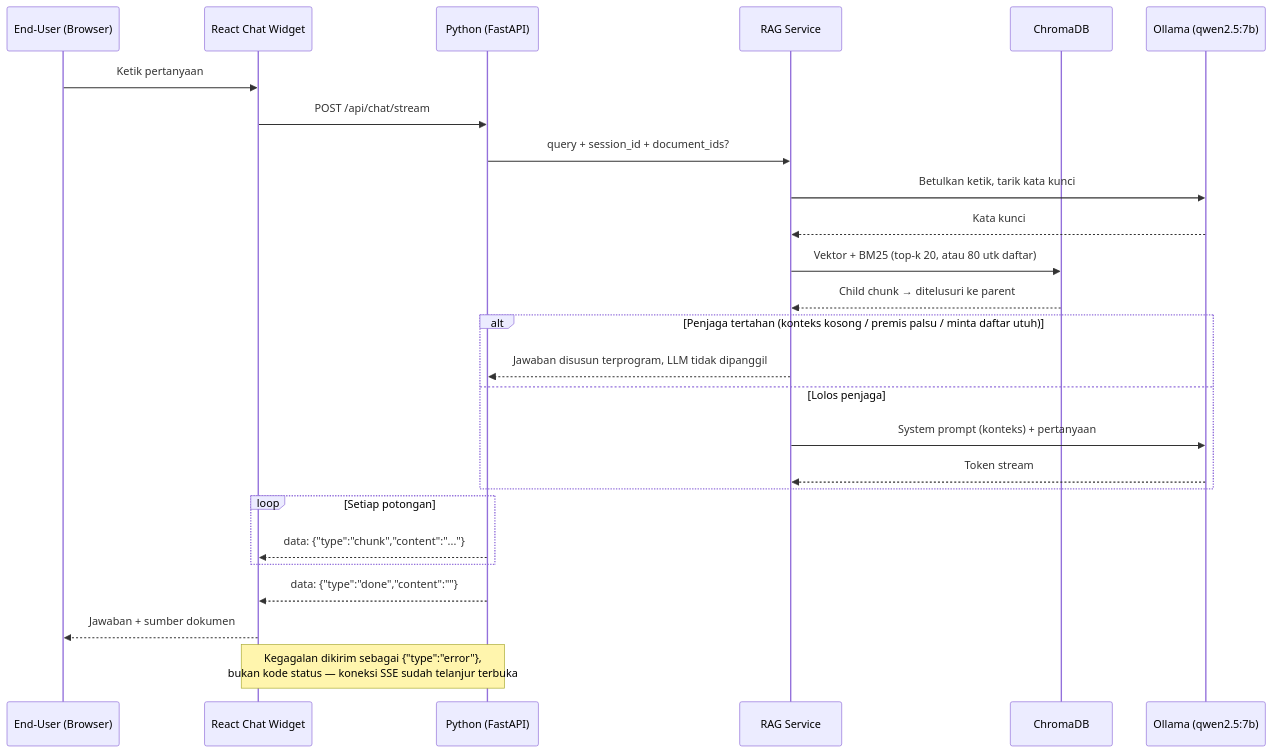
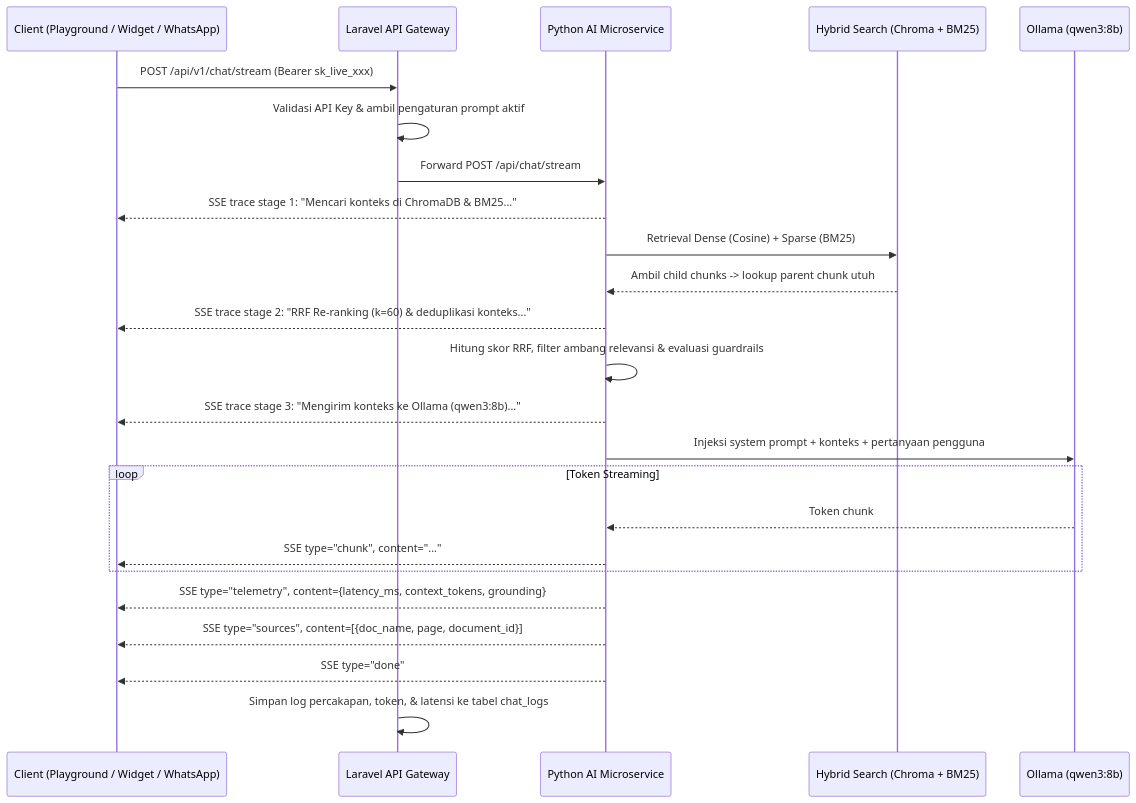
One commit to nftxvn/agentic-chatbot changed the third of 4 diagrams in docs/02-arsitektur_sistem_agentic_copilot.md. Above: the diagram before and after it, drawn with Mermaid. The commit also changed other lines of this file and 127 other files, not shown here.

Commit message:
feat(integration): perbarui arsitektur Central RAG Hub, Public API Gateway, ekstraksi bertahap, telemetri, dan dokumentasi

````diff
--- a/docs/02-arsitektur_sistem_agentic_copilot.md
+++ b/docs/02-arsitektur_sistem_agentic_copilot.md
@@ -131,33 +131,33 @@
 ```mermaid
 sequenceDiagram
-    participant User as End-User (Browser)
-    participant Widget as React Chat Widget
-    participant FastAPI as Python (FastAPI)
-    participant RAG as RAG Service
-    participant ChromaDB
-    participant Ollama as Ollama (qwen2.5:7b)
+    participant Klien as Client (Playground / Widget / WhatsApp)
+    participant Gateway as Laravel API Gateway
+    participant Python as Python AI Microservice
+    participant Hybrid as Hybrid Search (Chroma + BM25)
+    participant LLM as Ollama (qwen3:8b)
 
-    User->>Widget: Ketik pertanyaan
-    Widget->>FastAPI: POST /api/chat/stream
-    FastAPI->>RAG: query + session_id + document_ids?
-
-    RAG->>Ollama: Betulkan ketik, tarik kata kunci
-    Ollama-->>RAG: Kata kunci
-    RAG->>ChromaDB: Vektor + BM25 (top-k 20, atau 80 utk daftar)
-    ChromaDB-->>RAG: Child chunk → ditelusuri ke parent
-
-    alt Penjaga tertahan (konteks kosong / premis palsu / minta daftar utuh)
-        RAG-->>FastAPI: Jawaban disusun terprogram, LLM tidak dipanggil
-    else Lolos penjaga
-        RAG->>Ollama: System prompt (konteks) + pertanyaan
-        Ollama-->>RAG: Token stream
+    Klien->>Gateway: POST /api/v1/chat/stream (Bearer sk_live_xxx)
+    Gateway->>Gateway: Validasi API Key & ambil pengaturan prompt aktif
+    Gateway->>Python: Forward POST /api/chat/stream
+    
+    Python-->>Klien: SSE trace stage 1: "Mencari konteks di ChromaDB & BM25..."
+    Python->>Hybrid: Retrieval Dense (Cosine) + Sparse (BM25)
+    Hybrid-->>Python: Ambil child chunks -> lookup parent chunk utuh
+    
+    Python-->>Klien: SSE trace stage 2: "RRF Re-ranking (k=60) & deduplikasi konteks..."
+    Python->>Python: Hitung skor RRF, filter ambang relevansi & evaluasi guardrails
+    
+    Python-->>Klien: SSE trace stage 3: "Mengirim konteks ke Ollama (qwen3:8b)..."
+    Python->>LLM: Injeksi system prompt + konteks + pertanyaan pengguna
+    
+    loop Token Streaming
+        LLM-->>Python: Token chunk
+        Python-->>Klien: SSE type="chunk", content="..."
     end
 
-    loop Setiap potongan
-        FastAPI-->>Widget: data: {"type":"chunk","content":"..."}
-    end
-    FastAPI-->>Widget: data: {"type":"done","content":""}
-    Widget-->>User: Jawaban + sumber dokumen
-
-    Note over FastAPI,Widget: Kegagalan dikirim sebagai {"type":"error"},<br/>bukan kode status — koneksi SSE sudah telanjur terbuka
+    Python-->>Klien: SSE type="telemetry", content={latency_ms, context_tokens, grounding}
+    Python-->>Klien: SSE type="sources", content=[{doc_name, page, document_id}]
+    Python-->>Klien: SSE type="done"
+    
+    Gateway->>Gateway: Simpan log percakapan, token, & latensi ke tabel chat_logs
 ```
````
